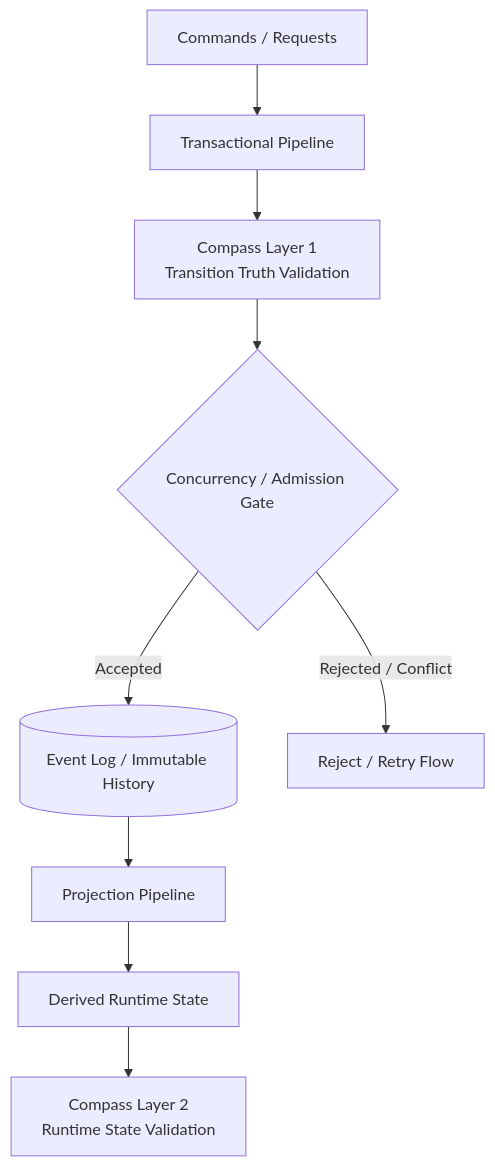
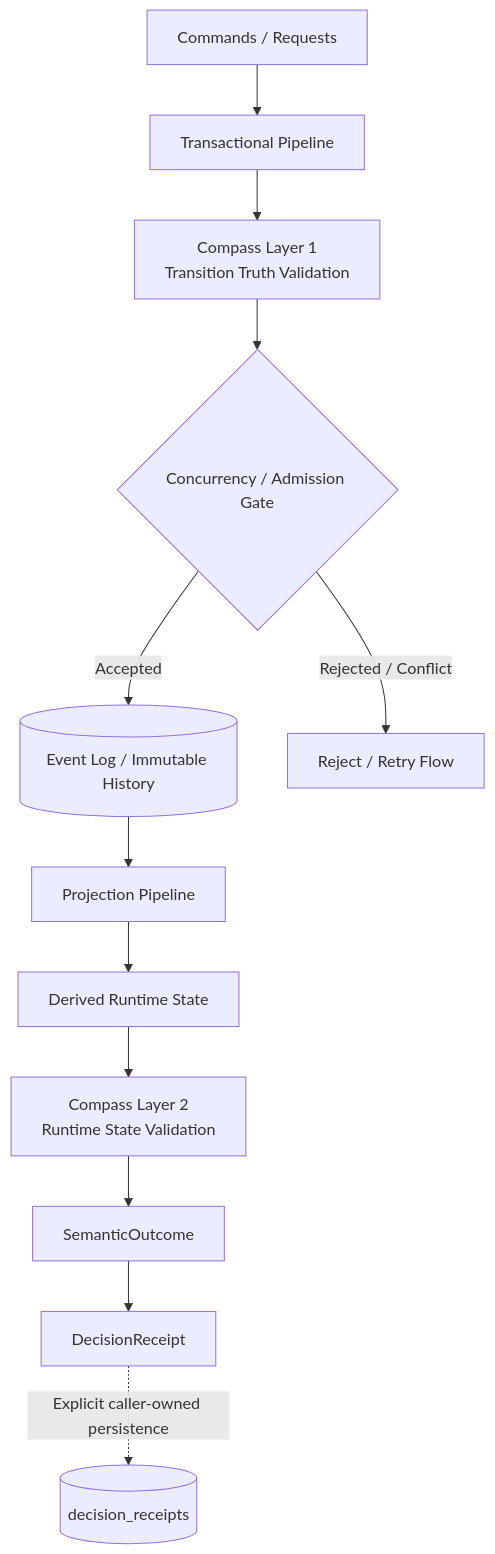
One commit to hikaru-212/streaming-system-compass changed the diagram in README.md. Above: the diagram before and after it, drawn with Mermaid. The commit also changed other lines of this file and 11 other files, not shown here.

Commit message:
docs: align Stage 4B architecture status

````diff
--- a/README.md
+++ b/README.md
@@ -139,13 +140,16 @@
 ```mermaid
 flowchart TD
     A[Commands / Requests] --> B[Transactional Pipeline]
     B --> C[Compass Layer 1<br/>Transition Truth Validation]
     C --> D{Concurrency / Admission Gate}
 
     D -- Accepted --> E[(Event Log / Immutable History)]
     D -- Rejected / Conflict --> R[Reject / Retry Flow]
 
     E --> F[Projection Pipeline]
     F --> H[Derived Runtime State]
     H --> I[Compass Layer 2<br/>Runtime State Validation]
+    I --> J[SemanticOutcome]
+    J --> K[DecisionReceipt]
+    K -. Explicit caller-owned persistence .-> L[(decision_receipts)]
 ```
````
